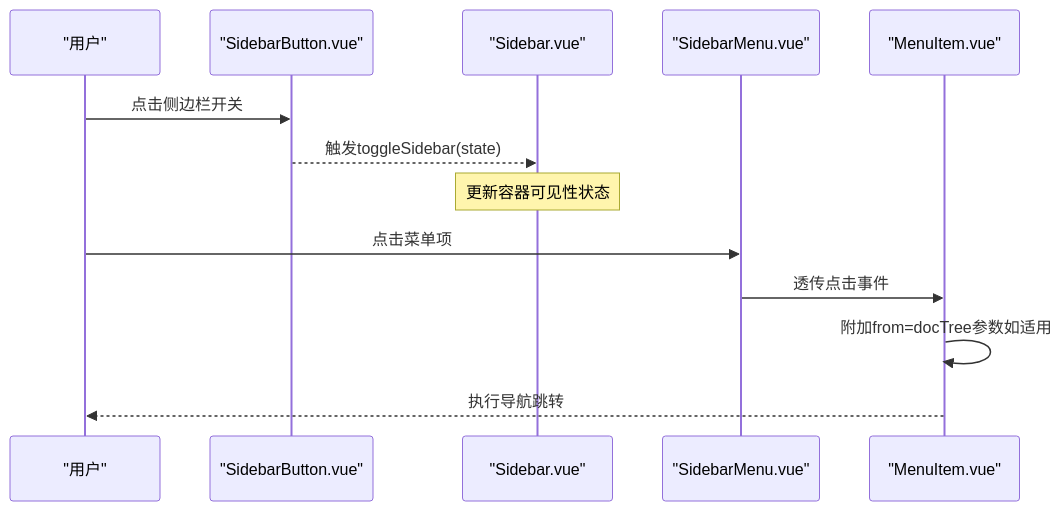
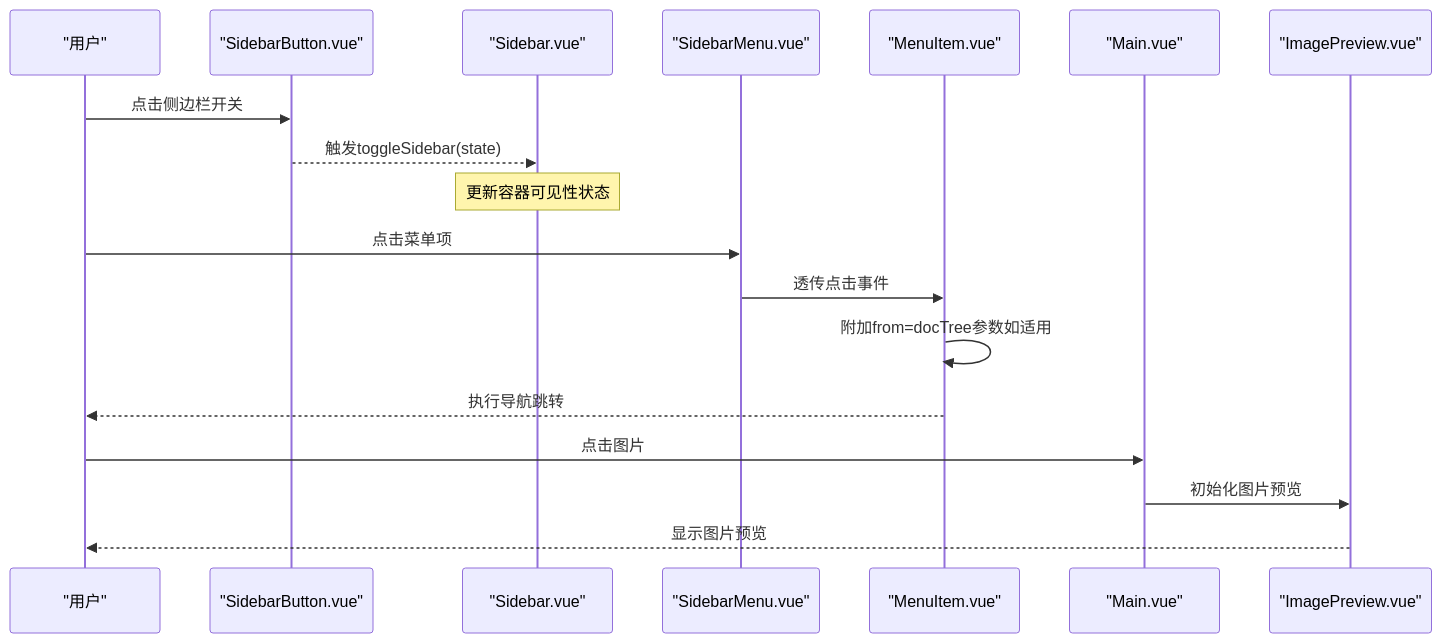
The second of 7 diagrams in .qoder/repowiki/zh/content/核心功能/UI 组件系统/内容组件.md (terwer/siyuan-plugin-blog), drawn with Mermaid before and after one commit. The commit also changed other lines of this file and 407 other files, not shown here.

````diff
--- a/.qoder/repowiki/zh/content/核心功能/UI 组件系统/内容组件.md
+++ b/.qoder/repowiki/zh/content/核心功能/UI 组件系统/内容组件.md
@@ -102,15 +119,20 @@
 ```mermaid
 sequenceDiagram
 participant U as "用户"
 participant SB as "SidebarButton.vue"
 participant S as "Sidebar.vue"
 participant SM as "SidebarMenu.vue"
 participant MI as "MenuItem.vue"
+participant M as "Main.vue"
+participant IP as "ImagePreview.vue"
 U->>SB : 点击侧边栏开关
 SB-->>S : 触发toggleSidebar(state)
 Note over S : 更新容器可见性状态
 U->>SM : 点击菜单项
 SM->>MI : 透传点击事件
 MI->>MI : 附加from=docTree参数如适用
 MI-->>U : 执行导航跳转
+U->>M : 点击图片
+M->>IP : 初始化图片预览
+IP-->>U : 显示图片预览
 ```
````
